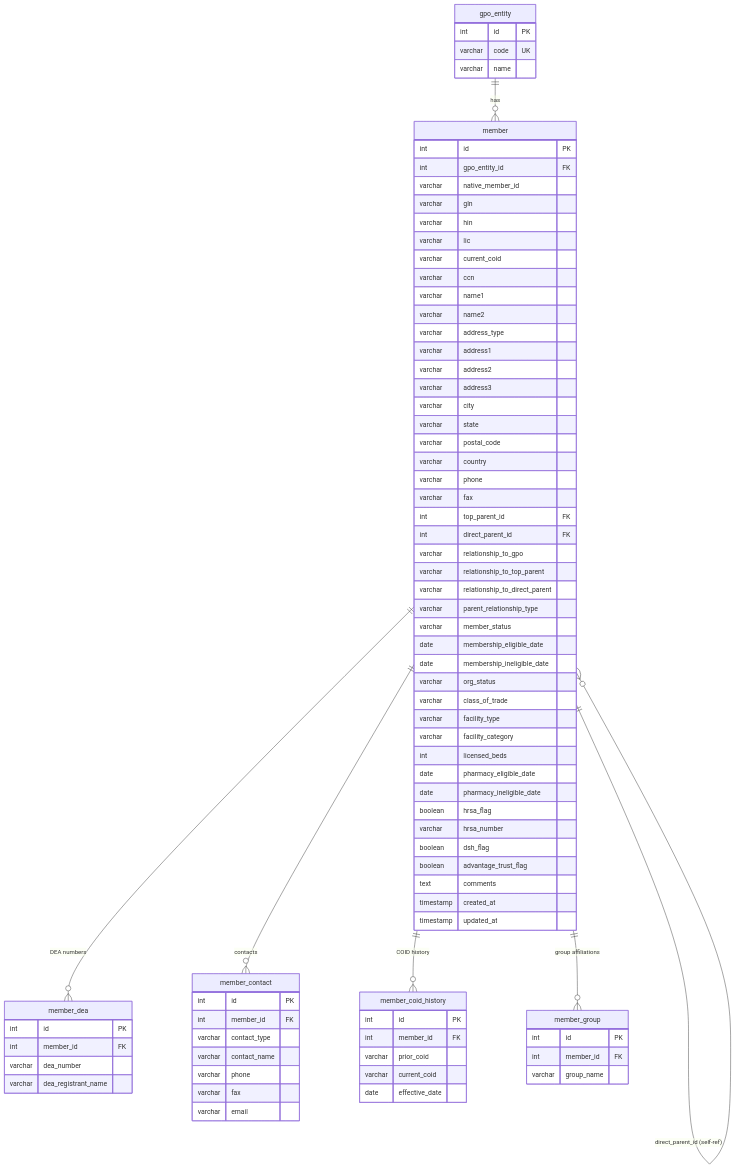
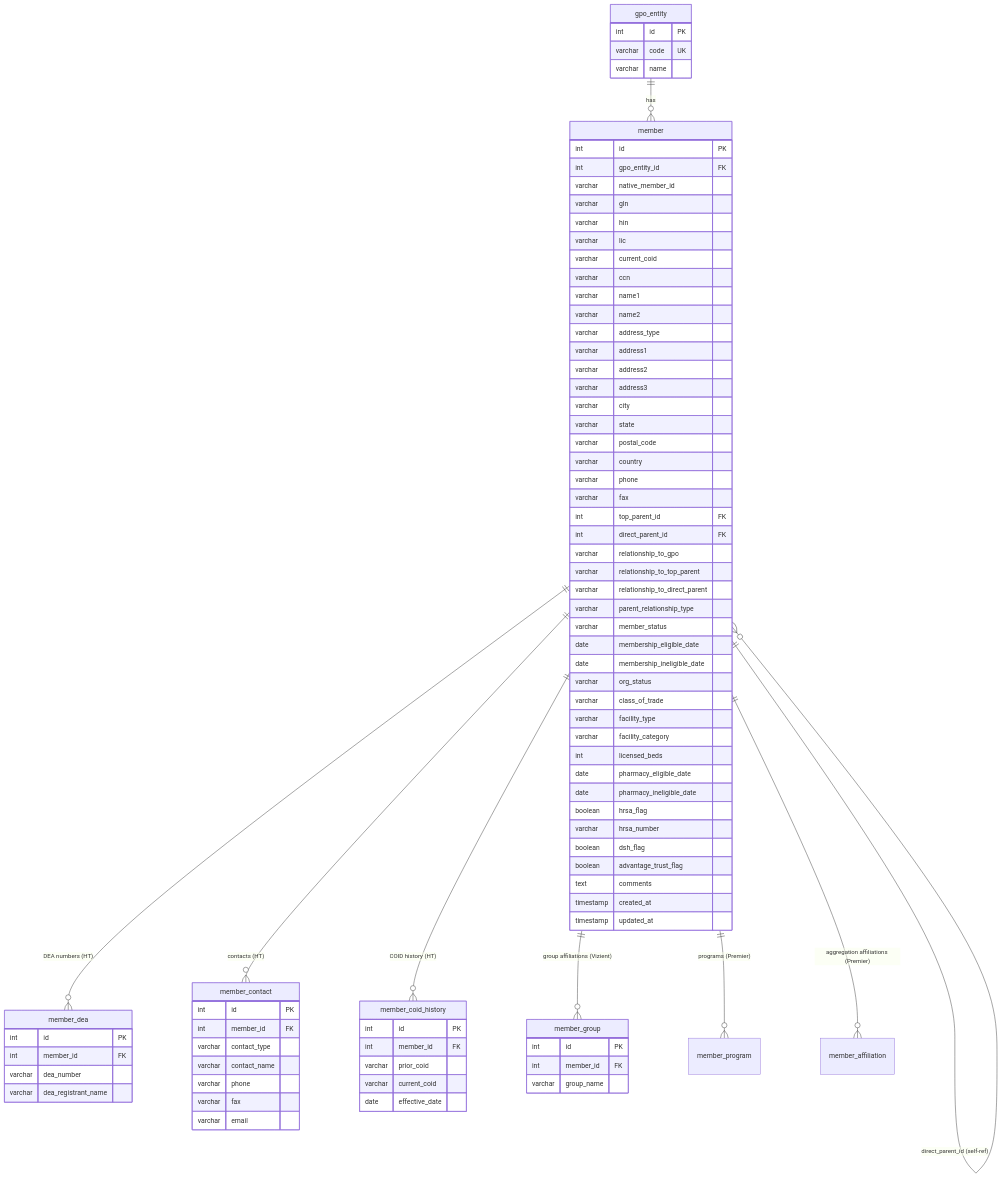
The diagram in data_model.md (Slawal01/Slawal01), drawn with Mermaid before and after one commit. The commit also changed other lines of this file and 1 other file, not shown here.

Commit message:
Full consistency update across all docs
- Fix member table Source GPO column (remove HT columns not in confirmed load)
- Remove Premier/Vizient from member_contact, member_dea used-by
- Add member_program to ERD in both data_model.md and documentation
- Fix child tables summary in data_model.md
- Correct Premier column count (24 confirmed columns listed explicitly)
- HealthTrust confirmed at 17 columns including Country

````diff
--- a/data_model.md
+++ b/data_model.md
@@ -88,8 +88,10 @@
     gpo_entity ||--o{ member : "has"
     member ||--o{ member : "top_parent_id (self-ref)"
     member ||--o{ member : "direct_parent_id (self-ref)"
-    member ||--o{ member_dea          : "DEA numbers"
-    member ||--o{ member_contact      : "contacts"
-    member ||--o{ member_coid_history : "COID history"
-    member ||--o{ member_group        : "group affiliations"
+    member ||--o{ member_dea          : "DEA numbers (HT)"
+    member ||--o{ member_contact      : "contacts (HT)"
+    member ||--o{ member_coid_history : "COID history (HT)"
+    member ||--o{ member_program      : "programs (Premier)"
+    member ||--o{ member_group        : "group affiliations (Vizient)"
+    member ||--o{ member_affiliation  : "aggregation affiliations (Premier)"
 ```
````
